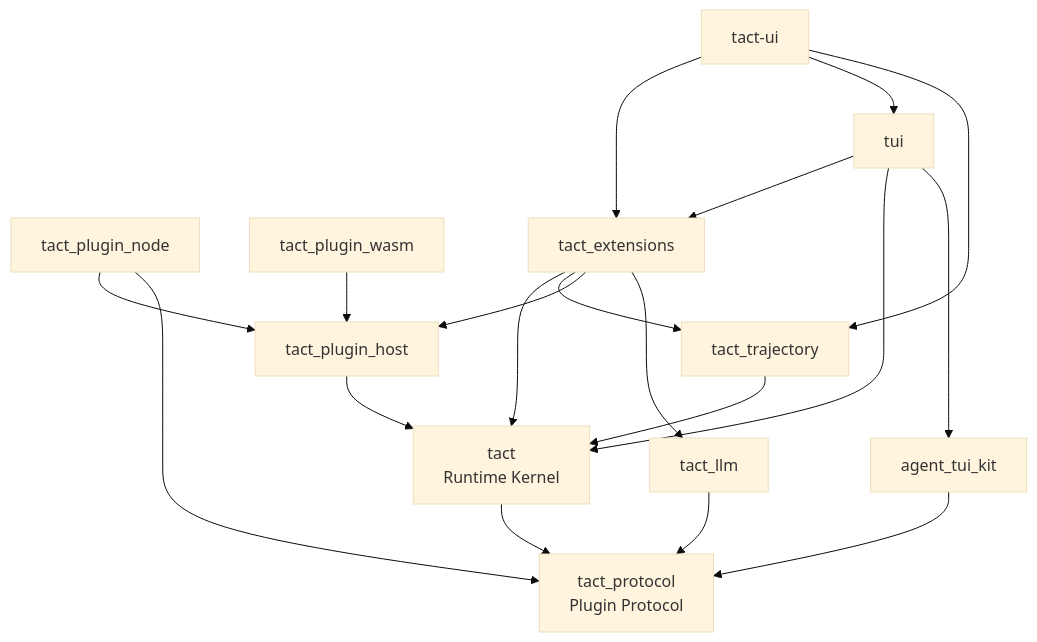
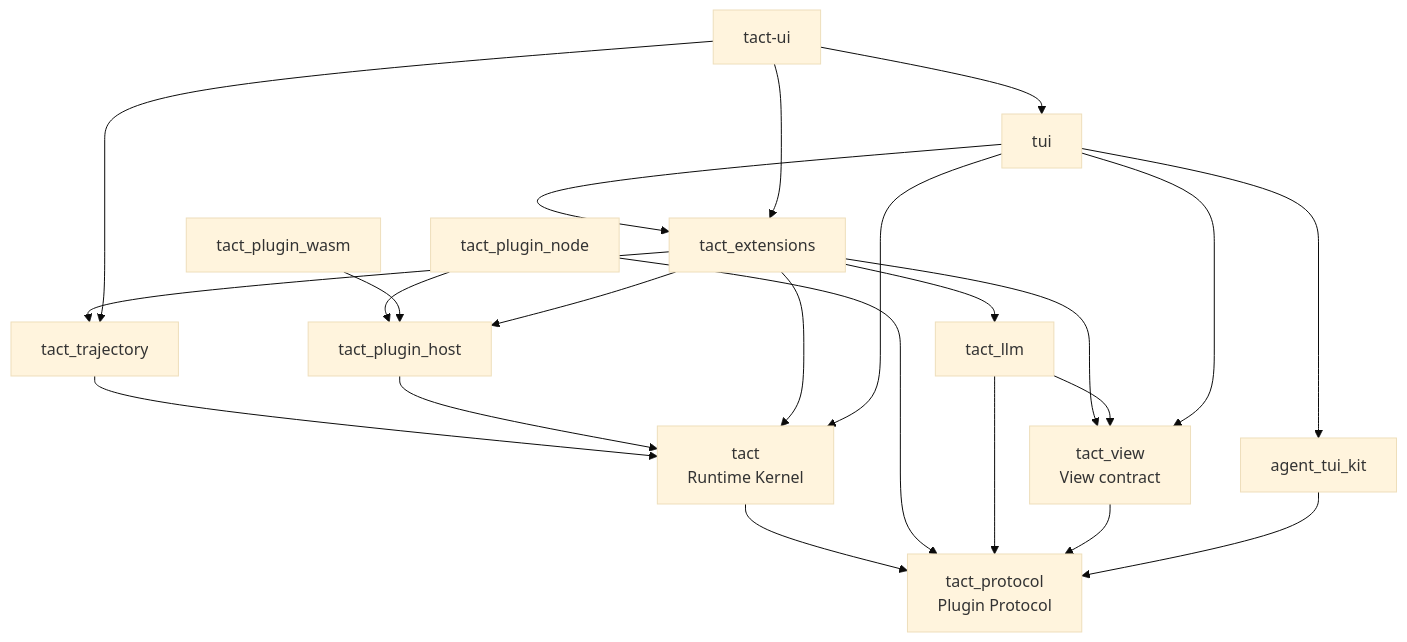
Before and after one commit to rust-infra/tact: the first of 11 diagrams in ARCHITECTURE.md, drawn with Mermaid (base theme). The commit also changed other lines of this file and 80 other files, not shown here.

First line of the commit message:
refactor: move the View contract out of the Plugin Protocol crate

````diff
--- a/ARCHITECTURE.md
+++ b/ARCHITECTURE.md
@@ -33,33 +34,38 @@
 ```mermaid
 flowchart TB
     protocol["tact_protocol<br/>Plugin Protocol"]
     kernel["tact<br/>Runtime Kernel"]
     traj["tact_trajectory"]
     host["tact_plugin_host"]
     node["tact_plugin_node"]
     wasm["tact_plugin_wasm"]
     ext["tact_extensions"]
     llm["tact_llm"]
     kit["agent_tui_kit"]
     tui["tui"]
     ui["tact-ui"]
 
     kernel --> protocol
     traj --> kernel
     host --> kernel
     node --> host
     node --> protocol
     wasm --> host
+    view["tact_view<br/>View contract"]
     ext --> kernel
     ext --> traj
     ext --> host
     ext --> llm
+    ext --> view
     llm --> protocol
+    llm --> view
+    view --> protocol
     kit --> protocol
     tui --> ext
     tui --> kernel
     tui --> kit
+    tui --> view
     ui --> ext
     ui --> tui
     ui --> traj
 ```
````
